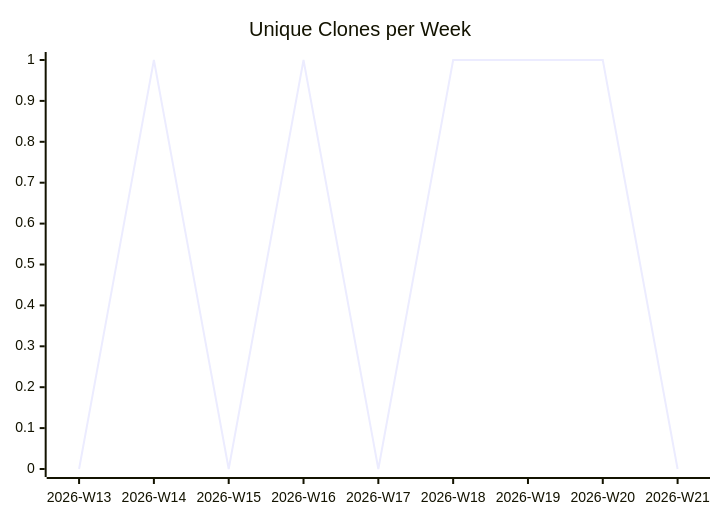
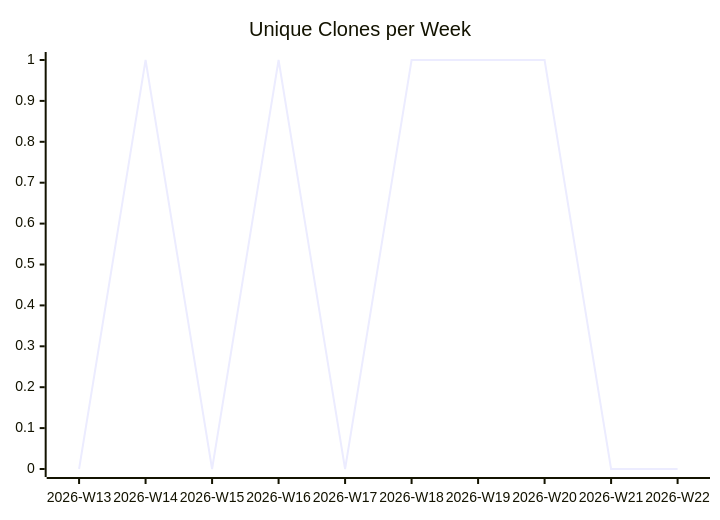
The third of 3 diagrams in karlmdavis/ansible-role-ldap/README.md (justdavis-family/github-analytics-data), drawn with Mermaid before and after one commit. The commit also changed other lines of this file and 190 other files, not shown here.

````diff
--- a/karlmdavis/ansible-role-ldap/README.md
+++ b/karlmdavis/ansible-role-ldap/README.md
@@ -19,6 +19,6 @@
 ```mermaid
 xychart-beta
   title "Unique Clones per Week"
-  x-axis ["2026-W13", "2026-W14", "2026-W15", "2026-W16", "2026-W17", "2026-W18", "2026-W19", "2026-W20", "2026-W21"]
-  line [0, 1, 0, 1, 0, 1, 1, 1, 0]
+  x-axis ["2026-W13", "2026-W14", "2026-W15", "2026-W16", "2026-W17", "2026-W18", "2026-W19", "2026-W20", "2026-W21", "2026-W22"]
+  line [0, 1, 0, 1, 0, 1, 1, 1, 0, 0]
 ```
````
